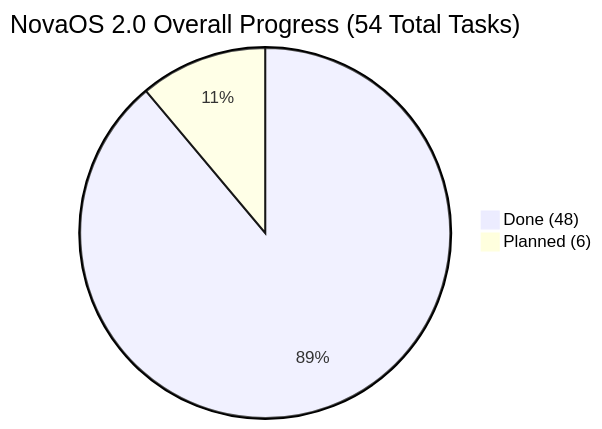
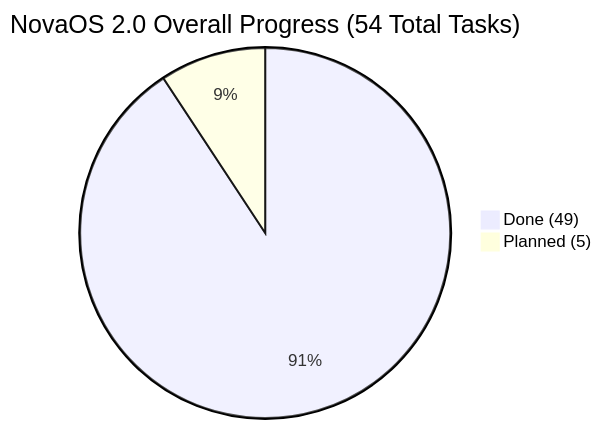
Before and after one commit to firoze-hossain/novaos: the diagram in NovaOS_Build_Plan.md, drawn with Mermaid. The commit also changed other lines of this file and 16 other files, not shown here.

````diff
--- a/NovaOS_Build_Plan.md
+++ b/NovaOS_Build_Plan.md
@@ -9,5 +9,5 @@
 ```mermaid
 pie title NovaOS 2.0 Overall Progress (54 Total Tasks)
-    "Done (48)" : 48
-    "Planned (6)" : 6
+    "Done (49)" : 49
+    "Planned (5)" : 5
 ```
````
